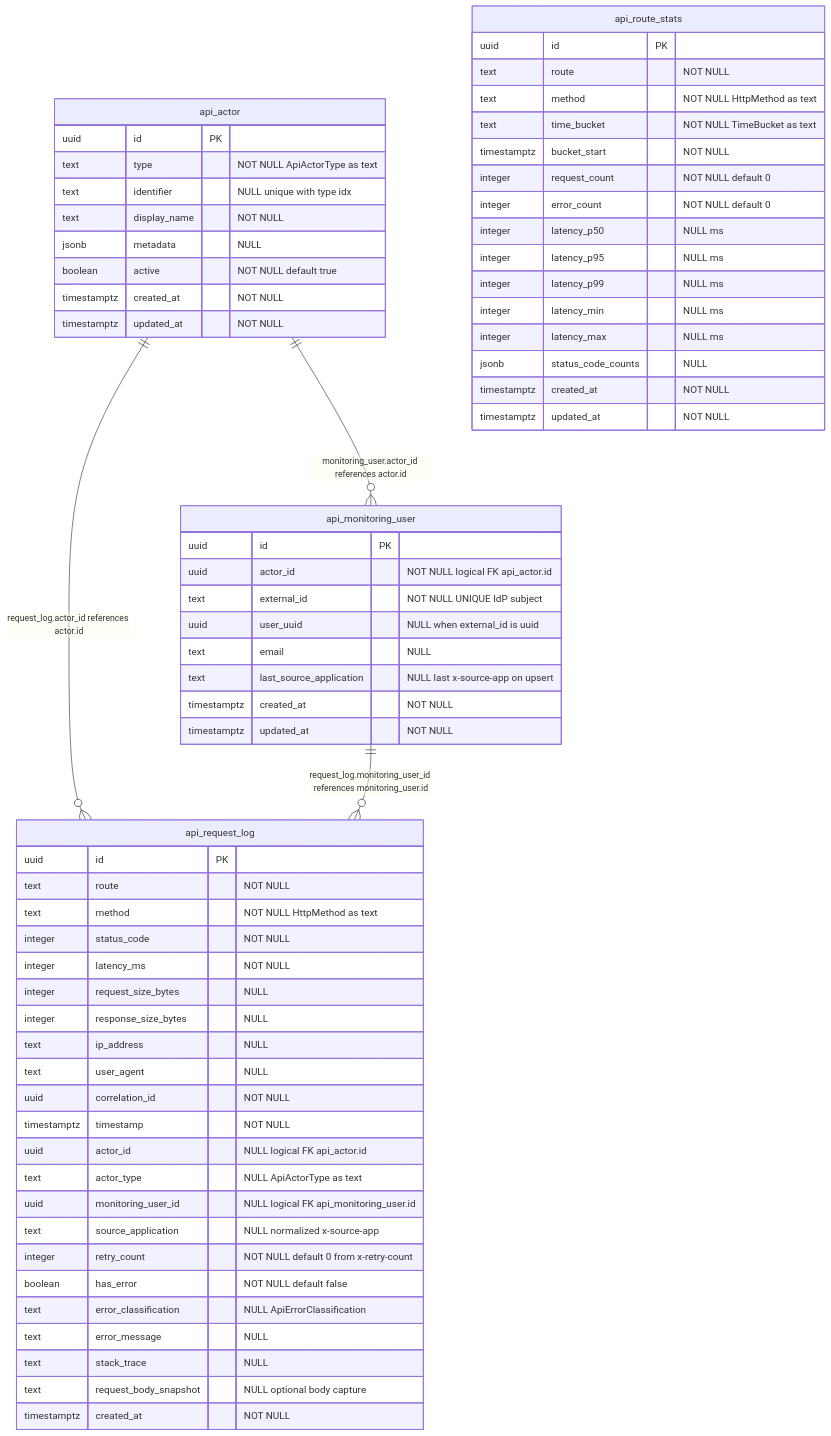
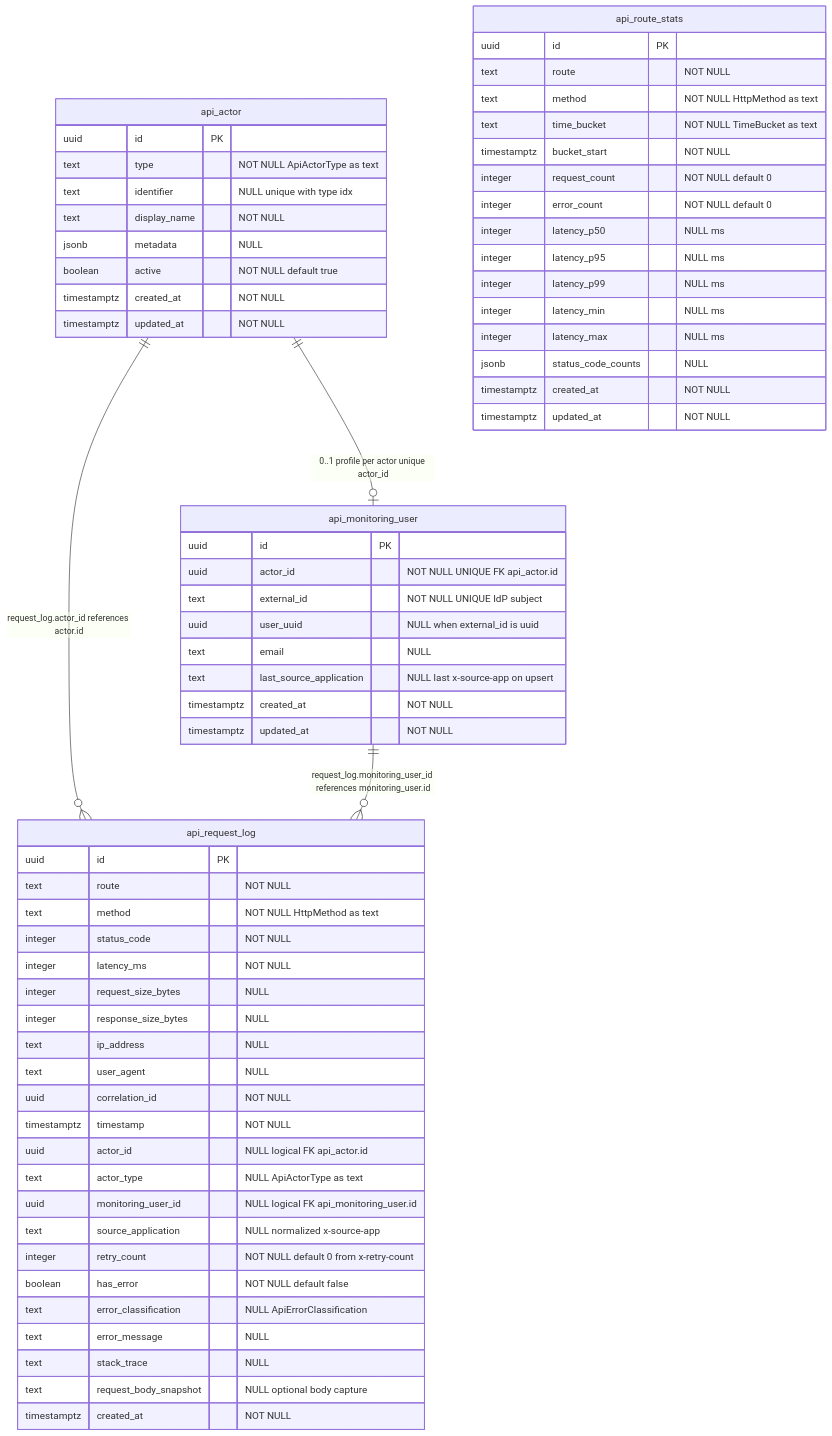
One commit to avinoorsingh-exp/refactored-api-interceptor changed the diagram in packages/api-monitoring/docs/api-monitoring.md. Above: the diagram before and after it, drawn with Mermaid. The commit also changed other lines of this file and 5 other files, not shown here.

````diff
--- a/packages/api-monitoring/docs/api-monitoring.md
+++ b/packages/api-monitoring/docs/api-monitoring.md
@@ -45,71 +93,71 @@
 ```mermaid
 erDiagram
   api_actor {
     uuid id PK
     text type "NOT NULL ApiActorType as text"
     text identifier "NULL unique with type idx"
     text display_name "NOT NULL"
     jsonb metadata "NULL"
     boolean active "NOT NULL default true"
     timestamptz created_at "NOT NULL"
     timestamptz updated_at "NOT NULL"
   }
 
   api_monitoring_user {
     uuid id PK
-    uuid actor_id "NOT NULL logical FK api_actor.id"
+    uuid actor_id "NOT NULL UNIQUE FK api_actor.id"
     text external_id "NOT NULL UNIQUE IdP subject"
     uuid user_uuid "NULL when external_id is uuid"
     text email "NULL"
     text last_source_application "NULL last x-source-app on upsert"
     timestamptz created_at "NOT NULL"
     timestamptz updated_at "NOT NULL"
   }
 
   api_request_log {
     uuid id PK
     text route "NOT NULL"
     text method "NOT NULL HttpMethod as text"
     integer status_code "NOT NULL"
     integer latency_ms "NOT NULL"
     integer request_size_bytes "NULL"
     integer response_size_bytes "NULL"
     text ip_address "NULL"
     text user_agent "NULL"
     uuid correlation_id "NOT NULL"
     timestamptz timestamp "NOT NULL"
     uuid actor_id "NULL logical FK api_actor.id"
     text actor_type "NULL ApiActorType as text"
     uuid monitoring_user_id "NULL logical FK api_monitoring_user.id"
     text source_application "NULL normalized x-source-app"
     integer retry_count "NOT NULL default 0 from x-retry-count"
     boolean has_error "NOT NULL default false"
     text error_classification "NULL ApiErrorClassification"
     text error_message "NULL"
     text stack_trace "NULL"
     text request_body_snapshot "NULL optional body capture"
     timestamptz created_at "NOT NULL"
   }
 
   api_route_stats {
     uuid id PK
     text route "NOT NULL"
     text method "NOT NULL HttpMethod as text"
     text time_bucket "NOT NULL TimeBucket as text"
     timestamptz bucket_start "NOT NULL"
     integer request_count "NOT NULL default 0"
     integer error_count "NOT NULL default 0"
     integer latency_p50 "NULL ms"
     integer latency_p95 "NULL ms"
     integer latency_p99 "NULL ms"
     integer latency_min "NULL ms"
     integer latency_max "NULL ms"
     jsonb status_code_counts "NULL"
     timestamptz created_at "NOT NULL"
     timestamptz updated_at "NOT NULL"
   }
 
-  api_actor ||--o{ api_monitoring_user : "monitoring_user.actor_id references actor.id"
+  api_actor ||--o| api_monitoring_user : "0..1 profile per actor unique actor_id"
   api_actor ||--o{ api_request_log : "request_log.actor_id references actor.id"
   api_monitoring_user ||--o{ api_request_log : "request_log.monitoring_user_id references monitoring_user.id"
 ```
````
